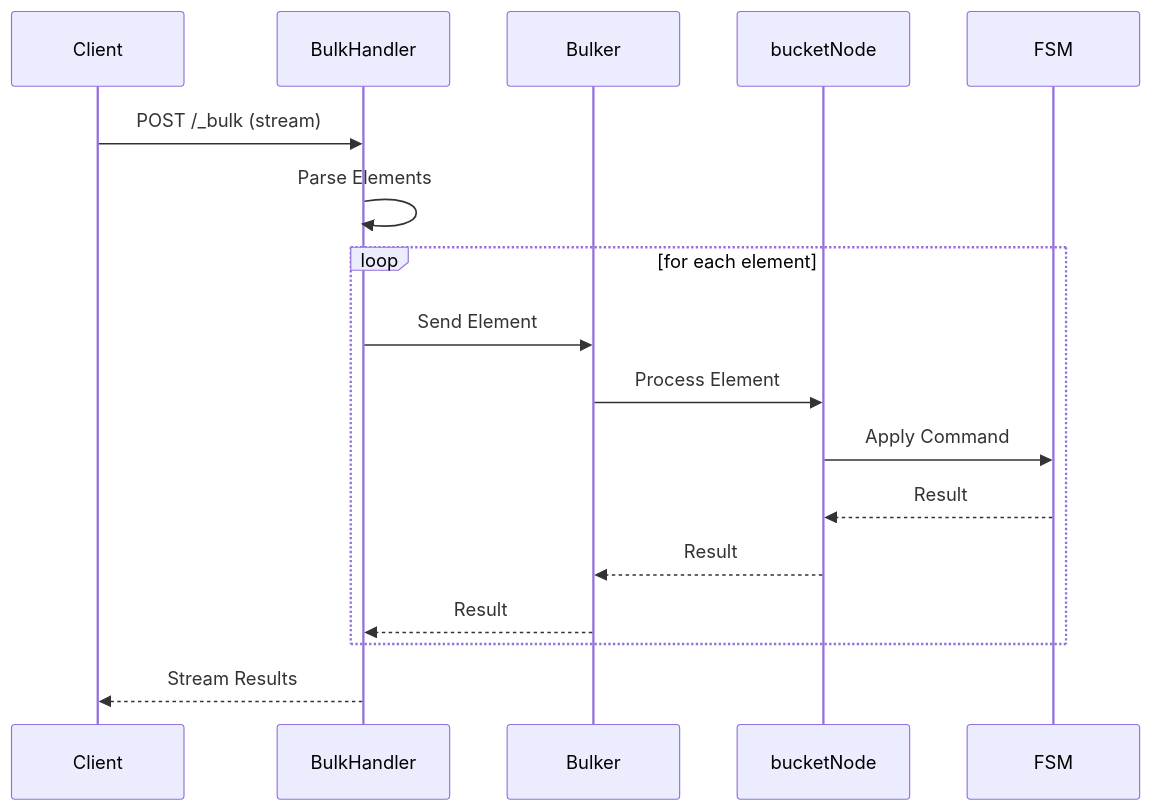
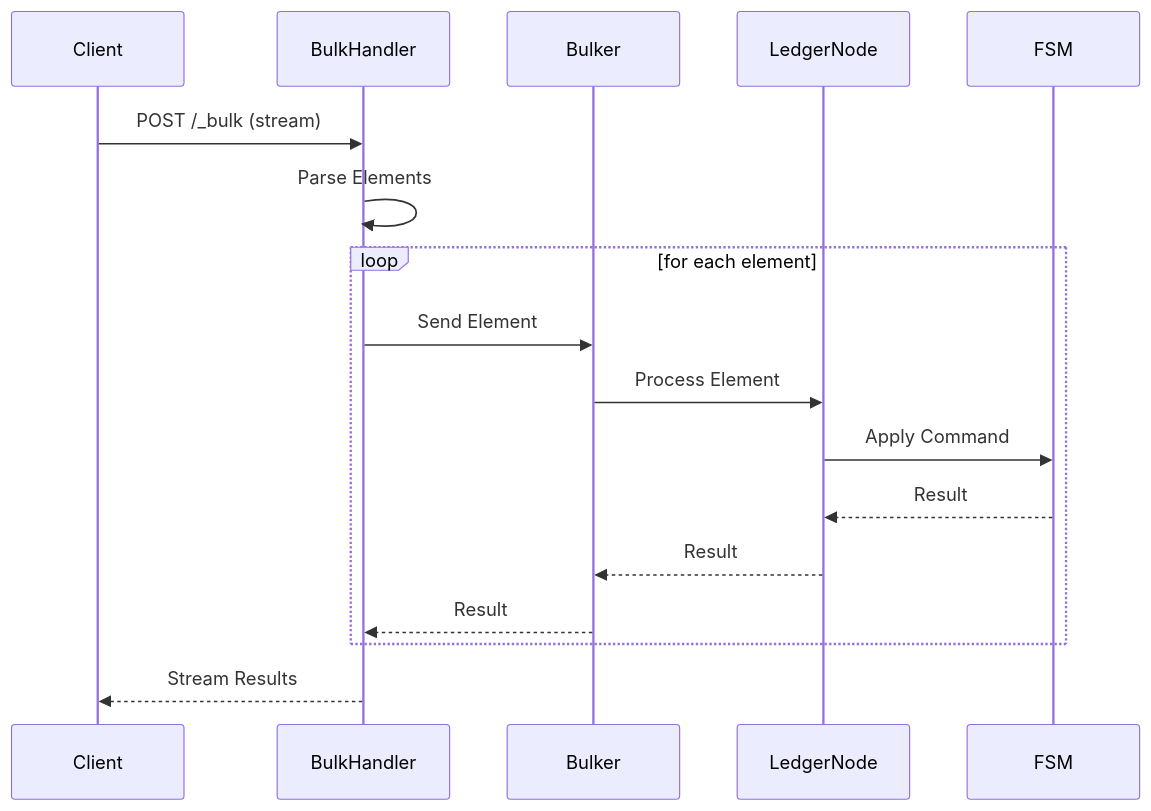
The seventh of 7 diagrams in docs/data-flows.md (formancehq/ledger), drawn with Mermaid before and after one commit. The commit also changed other lines of this file and 123 other files, not shown here.

````diff
--- a/docs/data-flows.md
+++ b/docs/data-flows.md
@@ -361,22 +361,22 @@
 ```mermaid
 sequenceDiagram
     participant Client
     participant BulkHandler
     participant Bulker
-    participant bucketNode
+    participant LedgerNode
     participant FSM
     
     Client->>BulkHandler: POST /_bulk (stream)
     BulkHandler->>BulkHandler: Parse Elements
     
     loop for each element
         BulkHandler->>Bulker: Send Element
-        Bulker->>bucketNode: Process Element
-        bucketNode->>FSM: Apply Command
-        FSM-->>bucketNode: Result
-        bucketNode-->>Bulker: Result
+        Bulker->>LedgerNode: Process Element
+        LedgerNode->>FSM: Apply Command
+        FSM-->>LedgerNode: Result
+        LedgerNode-->>Bulker: Result
         Bulker-->>BulkHandler: Result
     end
     
     BulkHandler-->>Client: Stream Results
 ```
````
